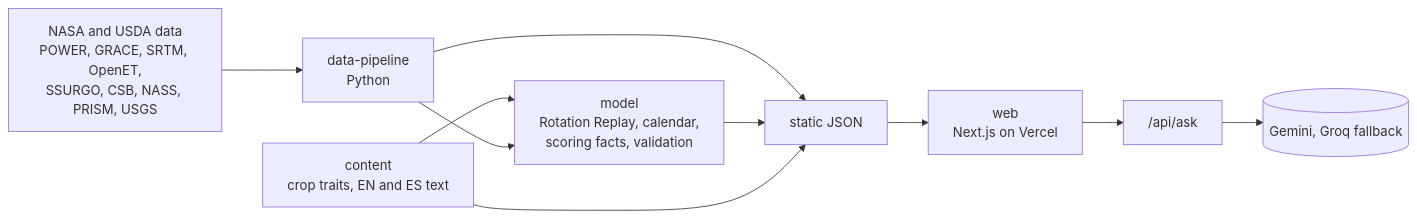
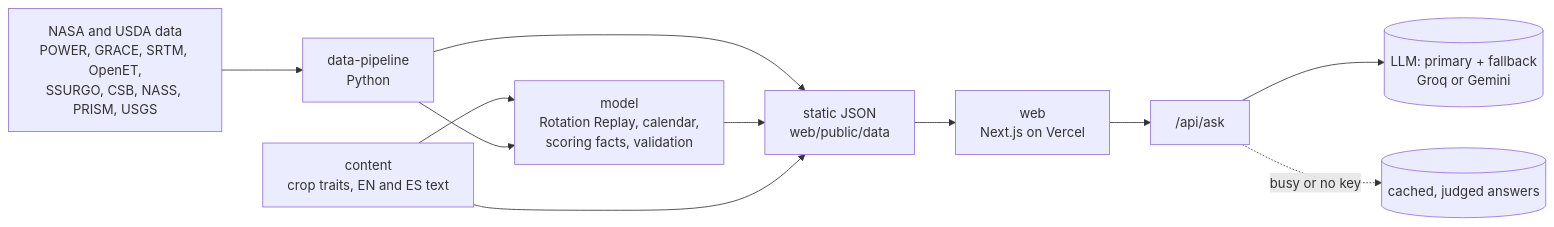
Before and after one commit to mrudduni/Glean: the diagram in README.md, drawn with Mermaid. The commit also changed other lines of this file, not shown here.

````diff
--- a/README.md
+++ b/README.md
@@ -55,12 +63,13 @@
 ```mermaid
 flowchart LR
   A["NASA and USDA data<br/>POWER, GRACE, SRTM, OpenET,<br/>SSURGO, CSB, NASS, PRISM, USGS"] --> B["data-pipeline<br/>Python"]
   C["content<br/>crop traits, EN and ES text"] --> D
   B --> D["model<br/>Rotation Replay, calendar,<br/>scoring facts, validation"]
-  B --> E["static JSON"]
+  B --> E["static JSON<br/>web/public/data"]
   D --> E
   C --> E
   E --> F["web<br/>Next.js on Vercel"]
   F --> G["/api/ask"]
-  G --> H[("Gemini, Groq fallback")]
+  G --> H[("LLM: primary + fallback<br/>Groq or Gemini")]
+  G -. "busy or no key" .-> I[("cached, judged answers")]
 ```
````
